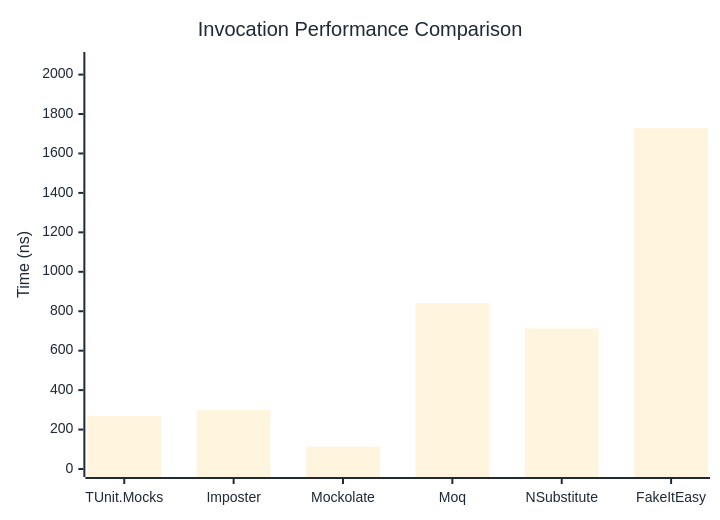
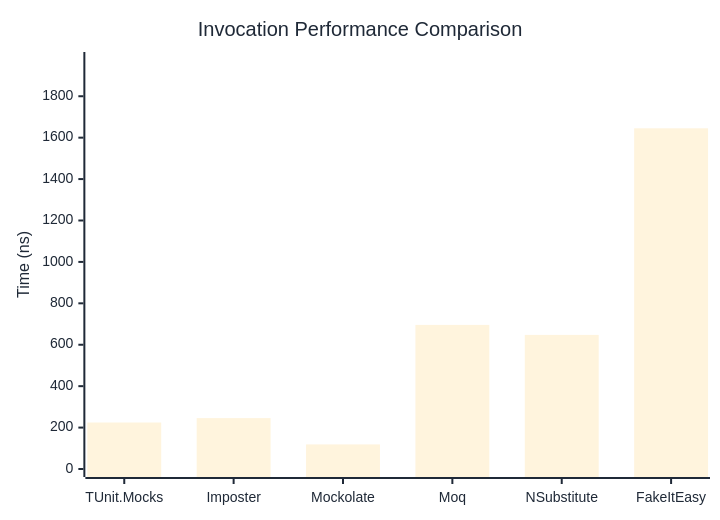
The first of 3 diagrams in docs/docs/benchmarks/mocks/Invocation.md (thomhurst/TUnit), drawn with Mermaid before and after one commit. The commit also changed other lines of this file and 14 other files, not shown here.

````diff
--- a/docs/docs/benchmarks/mocks/Invocation.md
+++ b/docs/docs/benchmarks/mocks/Invocation.md
@@ -30,27 +30,27 @@
 ```mermaid
 %%{init: {
   'theme':'base',
   'themeVariables': {
     'primaryColor': '#2563eb',
     'primaryTextColor': '#1f2937',
     'primaryBorderColor': '#1e40af',
     'lineColor': '#6b7280',
     'secondaryColor': '#7c3aed',
     'tertiaryColor': '#dc2626',
     'background': '#ffffff',
     'pie1': '#2563eb',
     'pie2': '#7c3aed',
     'pie3': '#dc2626',
     'pie4': '#f59e0b',
     'pie5': '#10b981',
     'pie6': '#06b6d4',
     'pie7': '#ec4899',
     'pie8': '#6366f1'
   }
 }}%%
 xychart-beta
   title "Invocation Performance Comparison"
   x-axis ["TUnit.Mocks", "Imposter", "Mockolate", "Moq", "NSubstitute", "FakeItEasy"]
-  y-axis "Time (ns)" 0 --> 2074
-  bar [268.1, 298.8, 113.3, 841.8, 712.7, 1728.1]
+  y-axis "Time (ns)" 0 --> 1975
+  bar [224.47, 245.76, 118.71, 695.84, 647.57, 1645.12]
 ```
````
